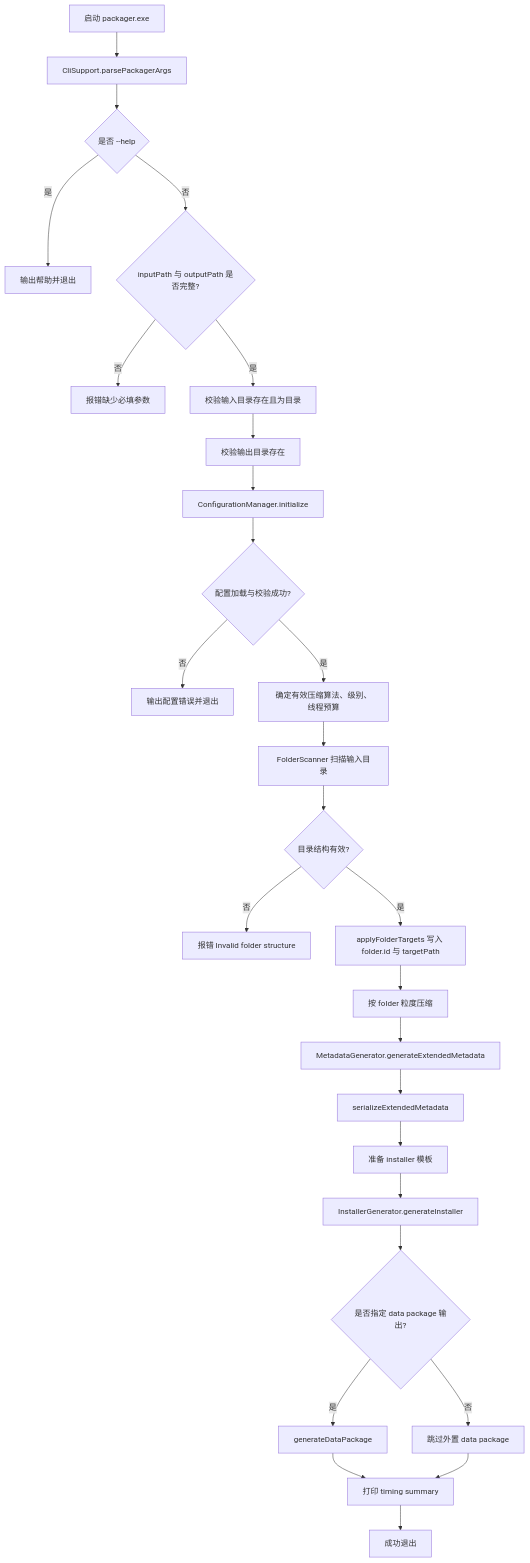
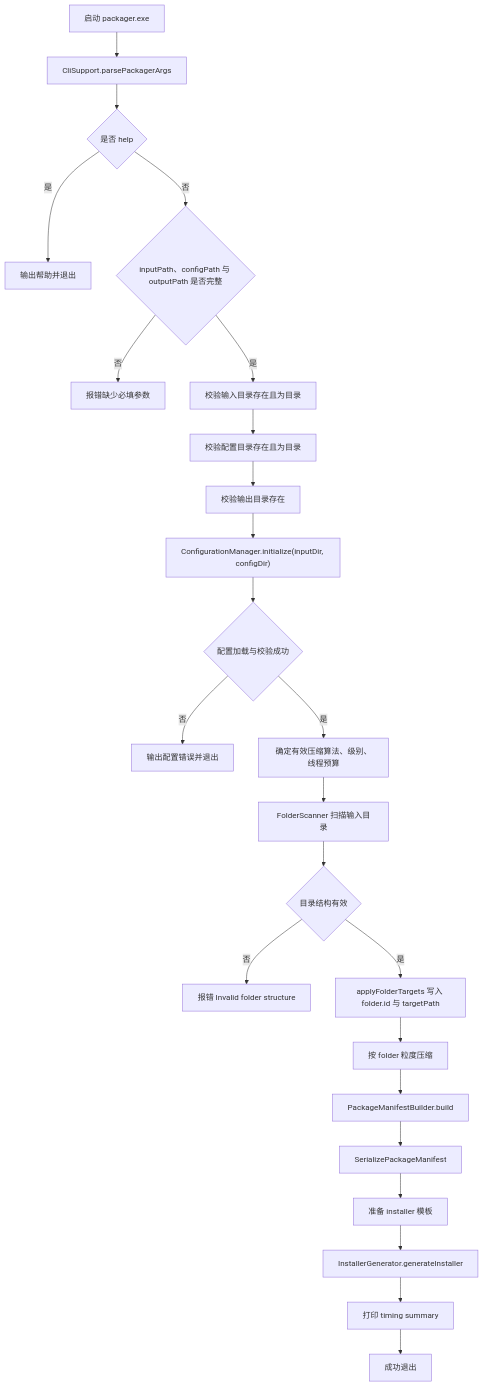
One commit to lu020218/Multi-Threaded_Installer changed the first of 7 diagrams in docs/打包器流程图.md. Above: the diagram before and after it, drawn with Mermaid. The commit also changed other lines of this file and 28 other files, not shown here.

````diff
--- a/docs/打包器流程图.md
+++ b/docs/打包器流程图.md
@@ -15,29 +15,26 @@
 ```mermaid
 flowchart TD
-    A[启动 packager.exe] --> B[CliSupport.parsePackagerArgs]
-    B --> C{是否 --help}
-    C -->|是| C1[输出帮助并退出]
-    C -->|否| D{inputPath 与 outputPath 是否完整?}
-    D -->|否| D1[报错缺少必填参数]
-    D -->|是| E[校验输入目录存在且为目录]
-    E --> F[校验输出目录存在]
-    F --> G[ConfigurationManager.initialize]
-    G --> H{配置加载与校验成功?}
-    H -->|否| H1[输出配置错误并退出]
-    H -->|是| I[确定有效压缩算法、级别、线程预算]
-    I --> J[FolderScanner 扫描输入目录]
-    J --> K{目录结构有效?}
-    K -->|否| K1[报错 Invalid folder structure]
-    K -->|是| L[applyFolderTargets 写入 folder.id 与 targetPath]
-    L --> M[按 folder 粒度压缩]
-    M --> N[MetadataGenerator.generateExtendedMetadata]
-    N --> O[serializeExtendedMetadata]
-    O --> P[准备 installer 模板]
-    P --> Q[InstallerGenerator.generateInstaller]
-    Q --> R{是否指定 data package 输出?}
-    R -->|是| R1[generateDataPackage]
-    R -->|否| S[跳过外置 data package]
-    R1 --> T[打印 timing summary]
-    S --> T
-    T --> U[成功退出]
+    A["启动 packager.exe"] --> B["CliSupport.parsePackagerArgs"]
+    B --> C{"是否 help"}
+    C -->|是| C1["输出帮助并退出"]
+    C -->|否| D{"inputPath、configPath 与 outputPath 是否完整"}
+    D -->|否| D1["报错缺少必填参数"]
+    D -->|是| E["校验输入目录存在且为目录"]
+    E --> E1["校验配置目录存在且为目录"]
+    E1 --> F["校验输出目录存在"]
+    F --> G["ConfigurationManager.initialize(inputDir, configDir)"]
+    G --> H{"配置加载与校验成功"}
+    H -->|否| H1["输出配置错误并退出"]
+    H -->|是| I["确定有效压缩算法、级别、线程预算"]
+    I --> J["FolderScanner 扫描输入目录"]
+    J --> K{"目录结构有效"}
+    K -->|否| K1["报错 Invalid folder structure"]
+    K -->|是| L["applyFolderTargets 写入 folder.id 与 targetPath"]
+    L --> M["按 folder 粒度压缩"]
+    M --> N["PackageManifestBuilder.build"]
+    N --> O["SerializePackageManifest"]
+    O --> P["准备 installer 模板"]
+    P --> Q["InstallerGenerator.generateInstaller"]
+    Q --> R["打印 timing summary"]
+    R --> S["成功退出"]
 ```
````
